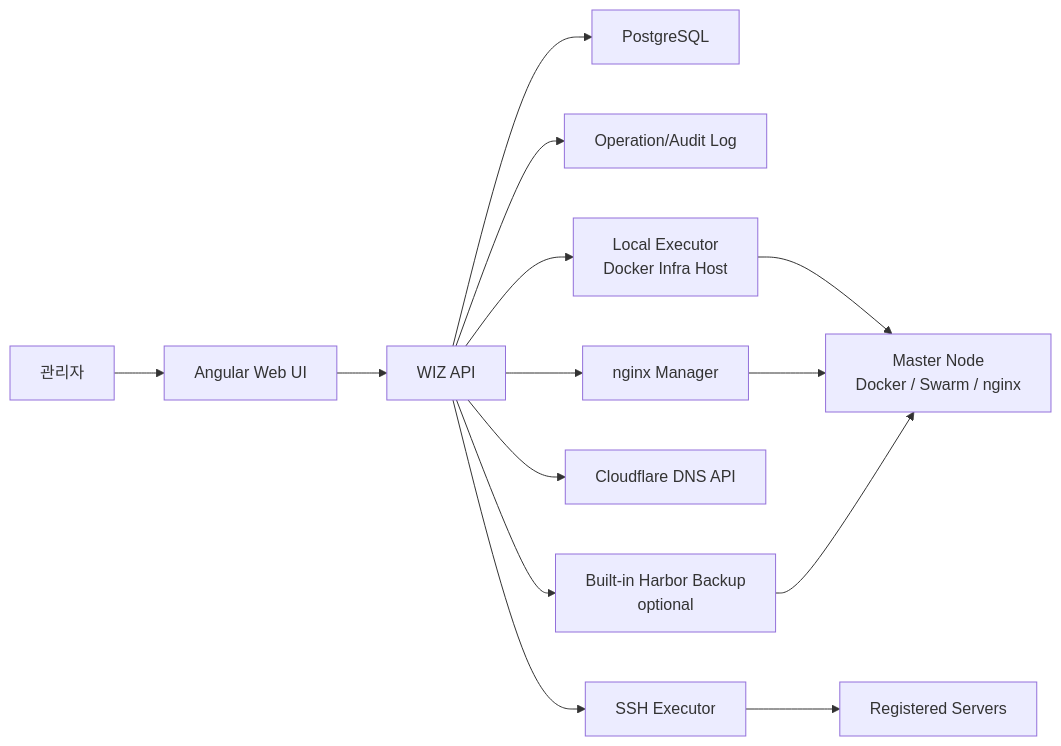
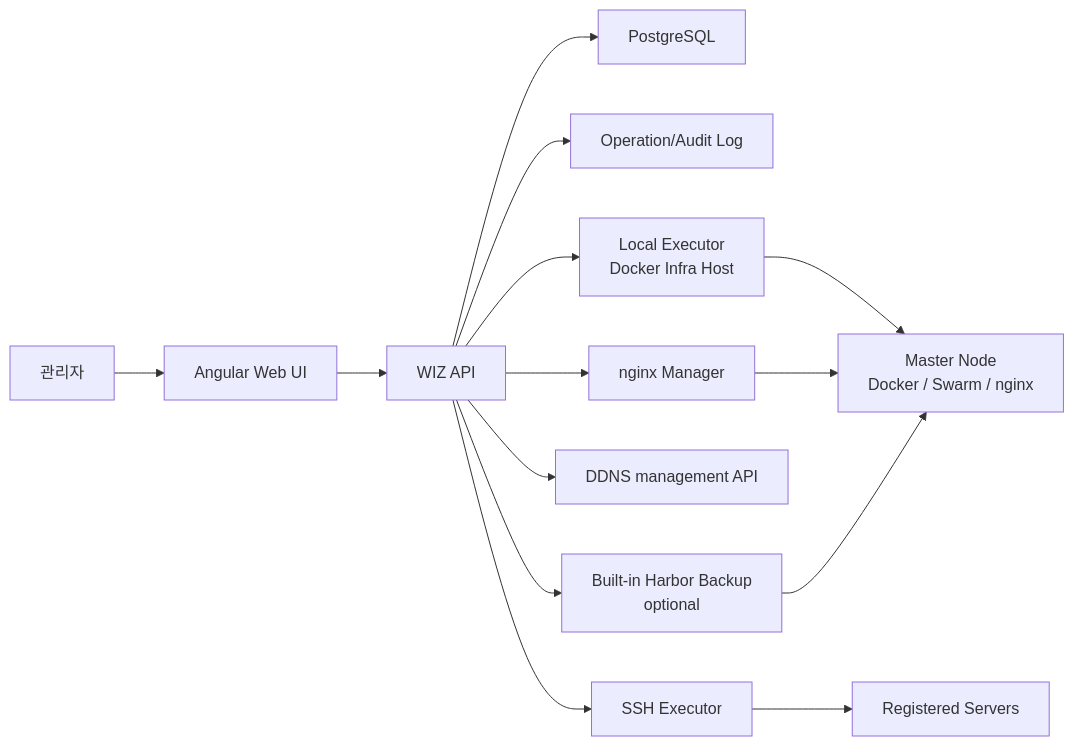
Before and after one commit to ImuruKevol/Docker-Infra: the diagram in docs/docker-infra-design.md, drawn with Mermaid. The commit also changed other lines of this file and 134 other files, not shown here.

````diff
--- a/docs/docker-infra-design.md
+++ b/docs/docker-infra-design.md
@@ -75,17 +75,17 @@
 ```mermaid
 flowchart LR
     User["관리자"] --> Web["Angular Web UI"]
     Web --> API["WIZ API"]
     API --> DB["PostgreSQL"]
     API --> Operation["Operation/Audit Log"]
     API --> LocalExec["Local Executor<br/>Docker Infra Host"]
     API --> SSH["SSH Executor"]
-    API --> Cloudflare["Cloudflare DNS API"]
+    API --> DDNS["DDNS management API"]
     API --> Nginx["nginx Manager"]
     API --> Backup["Built-in Harbor Backup<br/>optional"]
 
     LocalExec --> Master["Master Node<br/>Docker / Swarm / nginx"]
     SSH --> Workers["Registered Servers"]
     Nginx --> Master
     Backup --> Master
 ```
````
